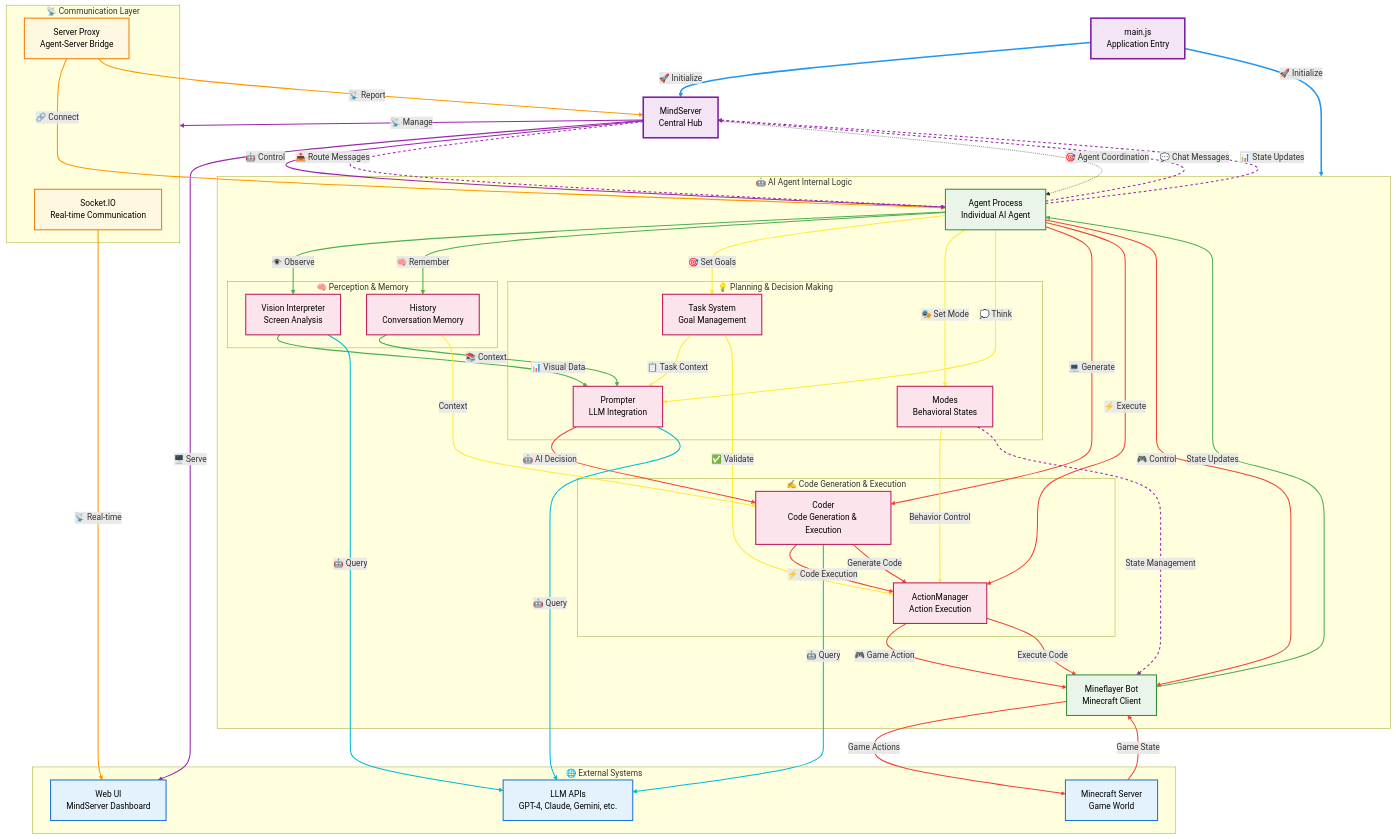
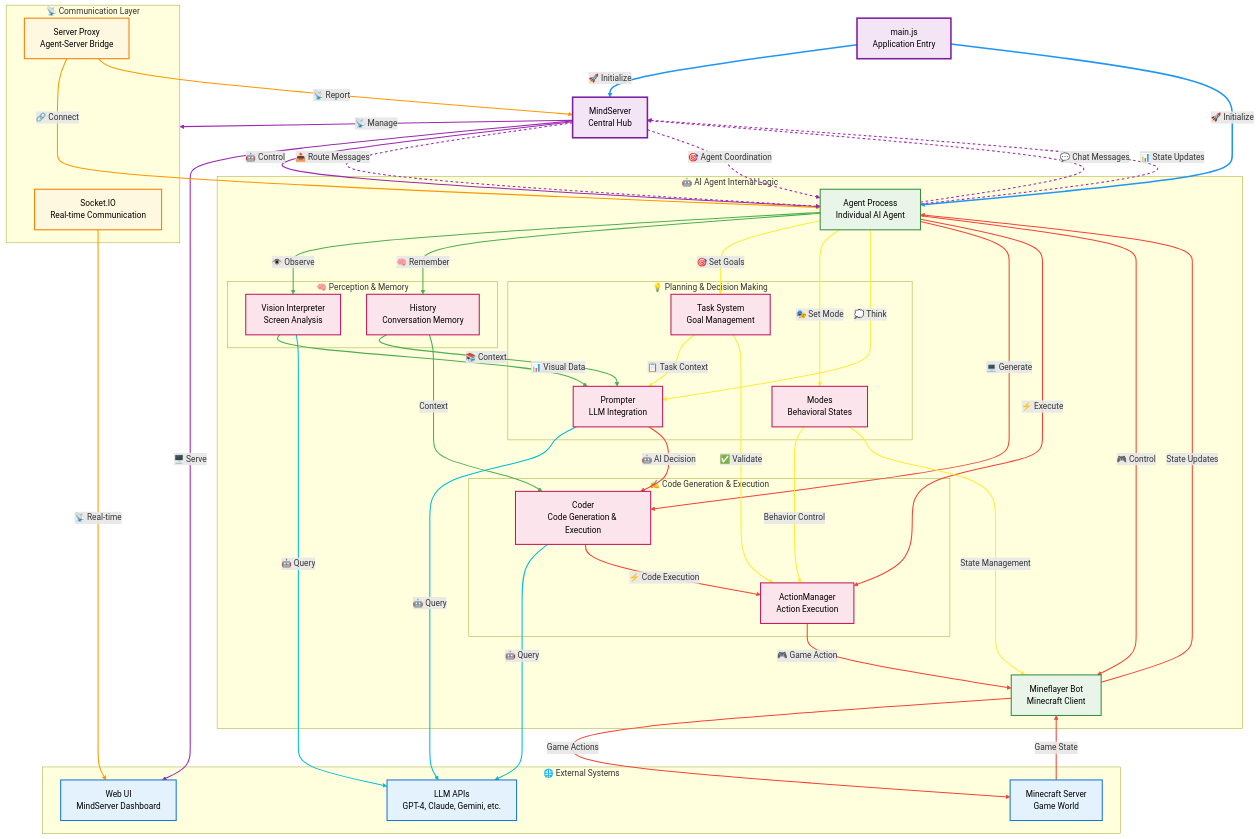
One commit to kolbytn/mindcraft changed the diagram in ARCHITECTURE.md. Above: the diagram before and after it, drawn with Mermaid.

Commit message:
Reorganize diagram layout to minimize arrow overlap and maximize readability
- Restructure component positioning for cleaner visual flow
- Move external systems to top-right for better separation
- Position MindServer centrally as the coordination hub
- Organize agent components in logical top-to-bottom flow:
  * Perception & Memory at top
  * Planning & Decision Making in middle
  * Code Generation & Execution at bottom
- Place Minecraft Bot on right side for clear execution flow
- Group connections by flow type to reduce visual clutter
- Optimize arrow routing to minimize crossings and overlaps
- Create more intuitive left-to-right, top-to-bottom reading pattern
- Maintain color coding while improving spatial organization

````diff
--- a/ARCHITECTURE.md
+++ b/ARCHITECTURE.md
@@ -3,104 +3,102 @@
 ```mermaid
 graph TB
-    %% Application Entry
+    %% Top Level - Application Entry
     MAIN[main.js<br/>Application Entry]:::core
+
+    %% External Systems - Top Right
+    subgraph EXTERNAL["🌐 External Systems"]
+        UI[Web UI<br/>MindServer Dashboard]:::external
+        LLM[LLM APIs<br/>GPT-4, Claude, Gemini, etc.]:::external
+        MC[Minecraft Server<br/>Game World]:::external
+    end
+
+    %% Central Hub - Middle
     MINDSERVER[MindServer<br/>Central Hub]:::core
 
-    %% External Systems Subgraph
-    subgraph EXTERNAL["🌐 External Systems"]
-        MC[Minecraft Server<br/>Game World]:::external
-        LLM[LLM APIs<br/>GPT-4, Claude, Gemini, etc.]:::external
-        UI[Web UI<br/>MindServer Dashboard]:::external
-    end
-
-    %% Communication Layer Subgraph
+    %% Communication Layer - Below MindServer
     subgraph COMM["📡 Communication Layer"]
         SOCKET[Socket.IO<br/>Real-time Communication]:::communication
         PROXY[Server Proxy<br/>Agent-Server Bridge]:::communication
     end
 
-    %% AI Agent Internal Logic Subgraph
+    %% AI Agent - Left Side with Vertical Flow
     subgraph AGENT_LOGIC["🤖 AI Agent Internal Logic"]
         AGENT[Agent Process<br/>Individual AI Agent]:::agent
         
-        %% Perception & Memory Subgraph
+        %% Perception & Memory - Top of Agent
         subgraph PERCEPTION["🧠 Perception & Memory"]
             VISION[Vision Interpreter<br/>Screen Analysis]:::data
             HISTORY[History<br/>Conversation Memory]:::data
         end
         
-        %% Planning & Decision Making Subgraph
+        %% Planning & Decision Making - Middle of Agent
         subgraph PLANNING["💡 Planning & Decision Making"]
             TASKS[Task System<br/>Goal Management]:::data
             MODES[Modes<br/>Behavioral States]:::data
             PROMPTER[Prompter<br/>LLM Integration]:::data
         end
         
-        %% Code Generation & Execution Subgraph
+        %% Code Generation & Execution - Bottom of Agent
         subgraph EXECUTION["✍️ Code Generation & Execution"]
             CODER[Coder<br/>Code Generation & Execution]:::data
             ACTIONS[ActionManager<br/>Action Execution]:::data
         end
         
-        %% Minecraft Interface
+        %% Minecraft Interface - Right of Agent
         BOT[Mineflayer Bot<br/>Minecraft Client]:::agent
     end
 
-    %% Main Application Flow (Blue - System Initialization)
+    %% System Initialization Flow (Blue)
     MAIN -->|"🚀 Initialize"| MINDSERVER
-    MAIN -->|"🚀 Initialize"| AGENT_LOGIC
+    MAIN -->|"🚀 Initialize"| AGENT
 
-    %% MindServer Connections (Purple - Central Hub)
+    %% Central Hub Management (Purple)
+    MINDSERVER -->|"🖥️ Serve"| UI
     MINDSERVER -->|"📡 Manage"| COMM
-    MINDSERVER -->|"🖥️ Serve"| UI
     MINDSERVER -->|"🤖 Control"| AGENT
 
-    %% Communication Layer Flow (Orange - Communication)
+    %% Communication Layer (Orange)
     SOCKET -->|"📡 Real-time"| UI
     PROXY -->|"🔗 Connect"| AGENT
     PROXY -->|"📡 Report"| MINDSERVER
 
-    %% Agent Internal Flow - Perception (Green - Data Input)
+    %% Agent Internal Flow - Top to Bottom (Green/Yellow/Red)
     AGENT -->|"👁️ Observe"| VISION
     AGENT -->|"🧠 Remember"| HISTORY
+    AGENT -->|"🎯 Set Goals"| TASKS
+    AGENT -->|"🎭 Set Mode"| MODES
+    AGENT -->|"💭 Think"| PROMPTER
+    AGENT -->|"💻 Generate"| CODER
+    AGENT -->|"⚡ Execute"| ACTIONS
+    AGENT -->|"🎮 Control"| BOT
+
+    %% Perception to Planning (Green)
     VISION -->|"📊 Visual Data"| PROMPTER
     HISTORY -->|"📚 Context"| PROMPTER
 
-    %% Agent Internal Flow - Planning (Yellow - Decision Making)
-    AGENT -->|"🎯 Set Goals"| TASKS
-    AGENT -->|"🎭 Set Mode"| MODES
-    AGENT -->|"💭 Think"| PROMPTER
+    %% Planning to Execution (Yellow)
     TASKS -->|"📋 Task Context"| PROMPTER
     TASKS -->|"✅ Validate"| ACTIONS
+    MODES -->|"Behavior Control"| ACTIONS
+    MODES -->|"State Management"| BOT
 
-    %% Agent Internal Flow - Execution (Red - Action Execution)
-    AGENT -->|"💻 Generate"| CODER
-    AGENT -->|"⚡ Execute"| ACTIONS
-    AGENT -->|"🎮 Control"| BOT
-    PROMPTER -->|"🤖 AI Decision"| CODER
-    CODER -->|"⚡ Code Execution"| ACTIONS
-    ACTIONS -->|"🎮 Game Action"| BOT
-
-    %% LLM Integration (Cyan - External AI)
+    %% AI Integration (Cyan) - Right side connections
     PROMPTER -->|"🤖 Query"| LLM
     CODER -->|"🤖 Query"| LLM
     VISION -->|"🤖 Query"| LLM
 
-    %% Code Execution Flow (Red - Game Actions)
-    CODER -->|"Generate Code"| ACTIONS
-    ACTIONS -->|"Execute Code"| BOT
+    %% Execution Flow (Red) - Bottom to Right
+    PROMPTER -->|"🤖 AI Decision"| CODER
+    CODER -->|"⚡ Code Execution"| ACTIONS
+    ACTIONS -->|"🎮 Game Action"| BOT
     BOT -->|"Game Actions"| MC
+
+    %% Feedback Loop (Red/Green) - Right to Left
     MC -->|"Game State"| BOT
     BOT -->|"State Updates"| AGENT
-
-    %% Memory and Learning (Green - Learning)
     HISTORY -->|"Context"| CODER
 
-    %% Behavioral Control (Yellow - Control)
-    MODES -->|"Behavior Control"| ACTIONS
-    MODES -->|"State Management"| BOT
-
-    %% Multi-Agent Coordination (Purple - Coordination)
+    %% Multi-Agent Coordination (Purple Dashed) - Top connections
     AGENT -.->|"💬 Chat Messages"| MINDSERVER
     MINDSERVER -.->|"📤 Route Messages"| AGENT
     AGENT -.->|"📊 State Updates"| MINDSERVER
@@ -119,42 +117,60 @@
     class SOCKET,PROXY communication
     class PROMPTER,CODER,ACTIONS,TASKS,HISTORY,MODES,VISION data
 
-    %% Link Styling
+    %% Link Styling - Organized by Flow Type
+    %% System Initialization (Blue)
     linkStyle 0 stroke:#2196F3,stroke-width:3px
     linkStyle 1 stroke:#2196F3,stroke-width:3px
+    
+    %% Central Hub Management (Purple)
     linkStyle 2 stroke:#9C27B0,stroke-width:2px
     linkStyle 3 stroke:#9C27B0,stroke-width:2px
     linkStyle 4 stroke:#9C27B0,stroke-width:2px
+    
+    %% Communication Layer (Orange)
     linkStyle 5 stroke:#FF9800,stroke-width:2px
     linkStyle 6 stroke:#FF9800,stroke-width:2px
     linkStyle 7 stroke:#FF9800,stroke-width:2px
+    
+    %% Agent Internal Flow (Mixed colors)
     linkStyle 8 stroke:#4CAF50,stroke-width:2px
     linkStyle 9 stroke:#4CAF50,stroke-width:2px
-    linkStyle 10 stroke:#4CAF50,stroke-width:2px
-    linkStyle 11 stroke:#4CAF50,stroke-width:2px
+    linkStyle 10 stroke:#FFEB3B,stroke-width:2px
+    linkStyle 11 stroke:#FFEB3B,stroke-width:2px
     linkStyle 12 stroke:#FFEB3B,stroke-width:2px
-    linkStyle 13 stroke:#FFEB3B,stroke-width:2px
-    linkStyle 14 stroke:#FFEB3B,stroke-width:2px
-    linkStyle 15 stroke:#FFEB3B,stroke-width:2px
-    linkStyle 16 stroke:#FFEB3B,stroke-width:2px
-    linkStyle 17 stroke:#F44336,stroke-width:2px
-    linkStyle 18 stroke:#F44336,stroke-width:2px
-    linkStyle 19 stroke:#F44336,stroke-width:2px
-    linkStyle 20 stroke:#F44336,stroke-width:2px
-    linkStyle 21 stroke:#F44336,stroke-width:2px
-    linkStyle 22 stroke:#F44336,stroke-width:2px
+    linkStyle 13 stroke:#F44336,stroke-width:2px
+    linkStyle 14 stroke:#F44336,stroke-width:2px
+    linkStyle 15 stroke:#F44336,stroke-width:2px
+    
+    %% Perception to Planning (Green)
+    linkStyle 16 stroke:#4CAF50,stroke-width:2px
+    linkStyle 17 stroke:#4CAF50,stroke-width:2px
+    
+    %% Planning to Execution (Yellow)
+    linkStyle 18 stroke:#FFEB3B,stroke-width:2px
+    linkStyle 19 stroke:#FFEB3B,stroke-width:2px
+    linkStyle 20 stroke:#FFEB3B,stroke-width:2px
+    linkStyle 21 stroke:#FFEB3B,stroke-width:2px
+    
+    %% AI Integration (Cyan)
+    linkStyle 22 stroke:#00BCD4,stroke-width:2px
     linkStyle 23 stroke:#00BCD4,stroke-width:2px
     linkStyle 24 stroke:#00BCD4,stroke-width:2px
-    linkStyle 25 stroke:#00BCD4,stroke-width:2px
+    
+    %% Execution Flow (Red)
+    linkStyle 25 stroke:#F44336,stroke-width:2px
     linkStyle 26 stroke:#F44336,stroke-width:2px
     linkStyle 27 stroke:#F44336,stroke-width:2px
     linkStyle 28 stroke:#F44336,stroke-width:2px
+    
+    %% Feedback Loop (Mixed)
     linkStyle 29 stroke:#F44336,stroke-width:2px
-    linkStyle 30 stroke:#4CAF50,stroke-width:2px
-    linkStyle 31 stroke:#FFEB3B,stroke-width:2px
-    linkStyle 32 stroke:#FFEB3B,stroke-width:2px
+    linkStyle 30 stroke:#F44336,stroke-width:2px
+    linkStyle 31 stroke:#4CAF50,stroke-width:2px
+    
+    %% Multi-Agent Coordination (Purple Dashed)
+    linkStyle 32 stroke:#9C27B0,stroke-width:2px,stroke-dasharray: 5 5
     linkStyle 33 stroke:#9C27B0,stroke-width:2px,stroke-dasharray: 5 5
     linkStyle 34 stroke:#9C27B0,stroke-width:2px,stroke-dasharray: 5 5
     linkStyle 35 stroke:#9C27B0,stroke-width:2px,stroke-dasharray: 5 5
-    linkStyle 36 stroke:#9C27B0,stroke-width:2px,stroke-dasharray: 5 5
 ```
````
